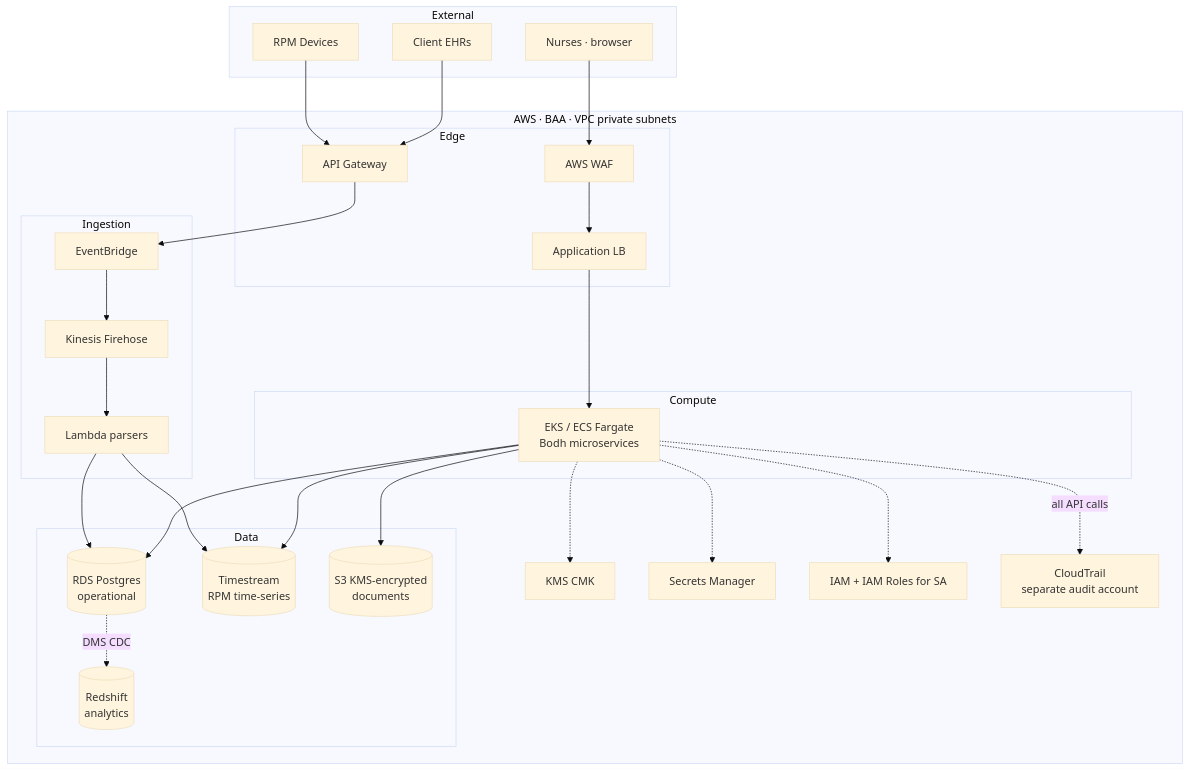
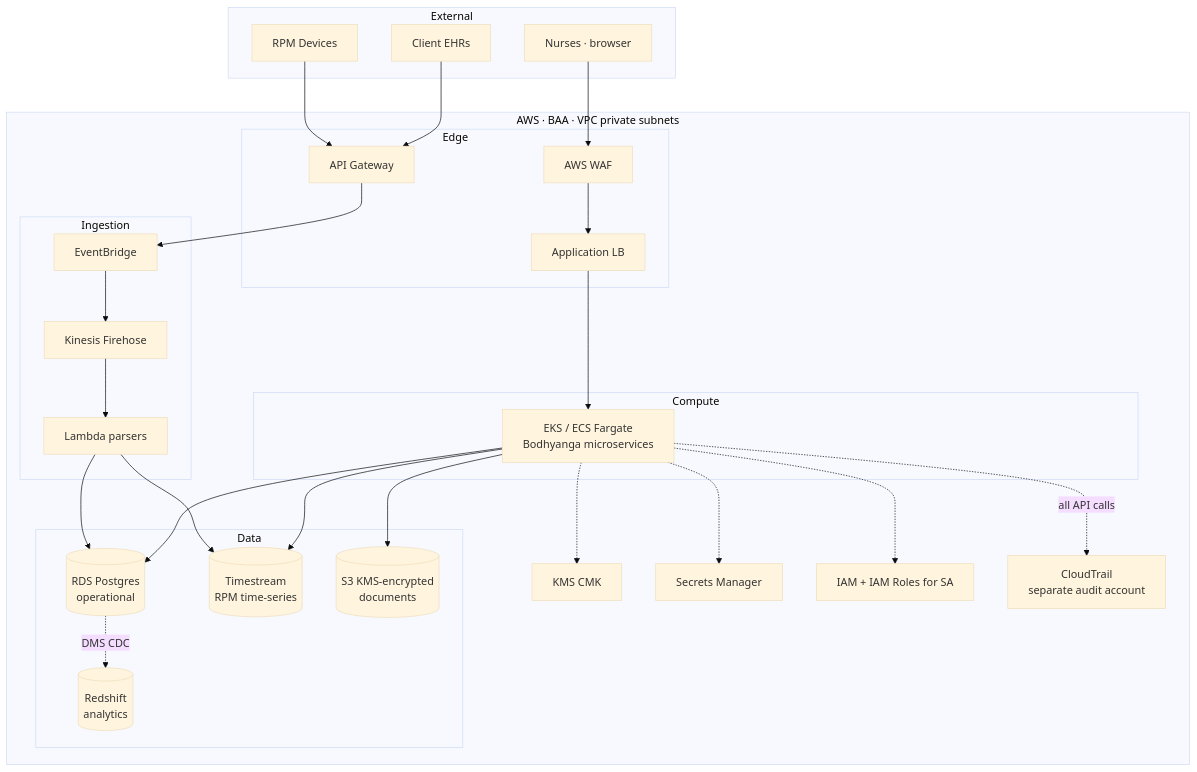
One commit to PratikDhanave/bodhyanga changed diagram 22 of 33 in docs/diagrams.md. Above: the diagram before and after it, drawn with Mermaid (base theme). The commit also changed other lines of this file and 672 other files, not shown here.

First line of the commit message:
chore: rename project bodh -> bodhyanga everywhere

````diff
--- a/docs/diagrams.md
+++ b/docs/diagrams.md
@@ -688,53 +688,53 @@
 ```mermaid
 flowchart TB
     subgraph ExternalA[External]
         EHRa[Client EHRs]
         DeviceA[RPM Devices]
         NurseA[Nurses · browser]
     end
 
     subgraph AWS[AWS · BAA · VPC private subnets]
         subgraph EdgeA[Edge]
             WAF[AWS WAF]
             ALB[Application LB]
             APIGW2[API Gateway]
         end
         subgraph IngestA[Ingestion]
             EventBridge[EventBridge]
             Kinesis[Kinesis Firehose]
             Lambda[Lambda parsers]
         end
         subgraph ComputeA[Compute]
-            EKS[EKS / ECS Fargate<br/>Bodh microservices]
+            EKS[EKS / ECS Fargate<br/>Bodhyanga microservices]
         end
         subgraph DataA[Data]
             RDS[(RDS Postgres<br/>operational)]
             Timestream[(Timestream<br/>RPM time-series)]
             S3[(S3 KMS-encrypted<br/>documents)]
             Redshift[(Redshift<br/>analytics)]
         end
         KMSA[KMS CMK]
         SMA[Secrets Manager]
         IAMA[IAM + IAM Roles for SA]
         CT[CloudTrail<br/>separate audit account]
     end
 
     DeviceA --> APIGW2
     EHRa --> APIGW2
     NurseA --> WAF
     WAF --> ALB
     ALB --> EKS
     APIGW2 --> EventBridge
     EventBridge --> Kinesis
     Kinesis --> Lambda
     Lambda --> RDS
     Lambda --> Timestream
     EKS --> RDS
     EKS --> Timestream
     EKS --> S3
     RDS -.DMS CDC.-> Redshift
     EKS -.-> KMSA
     EKS -.-> SMA
     EKS -.-> IAMA
     EKS -.->|all API calls| CT
 ```
````
